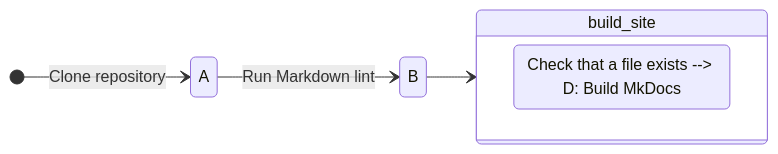
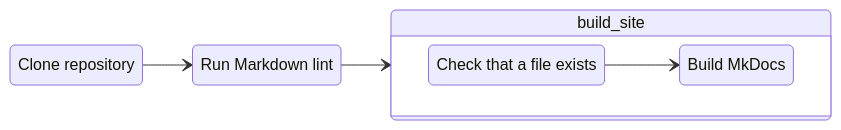
The diagram in docs/blog/posts/CI showdown.md (DevOpsJeremy/DevOpsJeremy.github.io), drawn with Mermaid before and after one commit.

Commit message:
Update CI showdown

````diff
--- a/docs/blog/posts/CI showdown.md
+++ b/docs/blog/posts/CI showdown.md
@@ -175,11 +175,15 @@
 ``` mermaid
 stateDiagram-v2
   direction LR
-  [*] --> A: Clone repository
-  A --> B: Run Markdown lint
+  A: Clone repository
+  B: Run Markdown lint
+  C: Check that a file exists
+  D: Build MkDocs
+
+  A --> B
   B --> build_site
   state build_site {
     direction LR
-    C: Check that a file exists --> D: Build MkDocs
+    C --> D
   }
 ```
````
